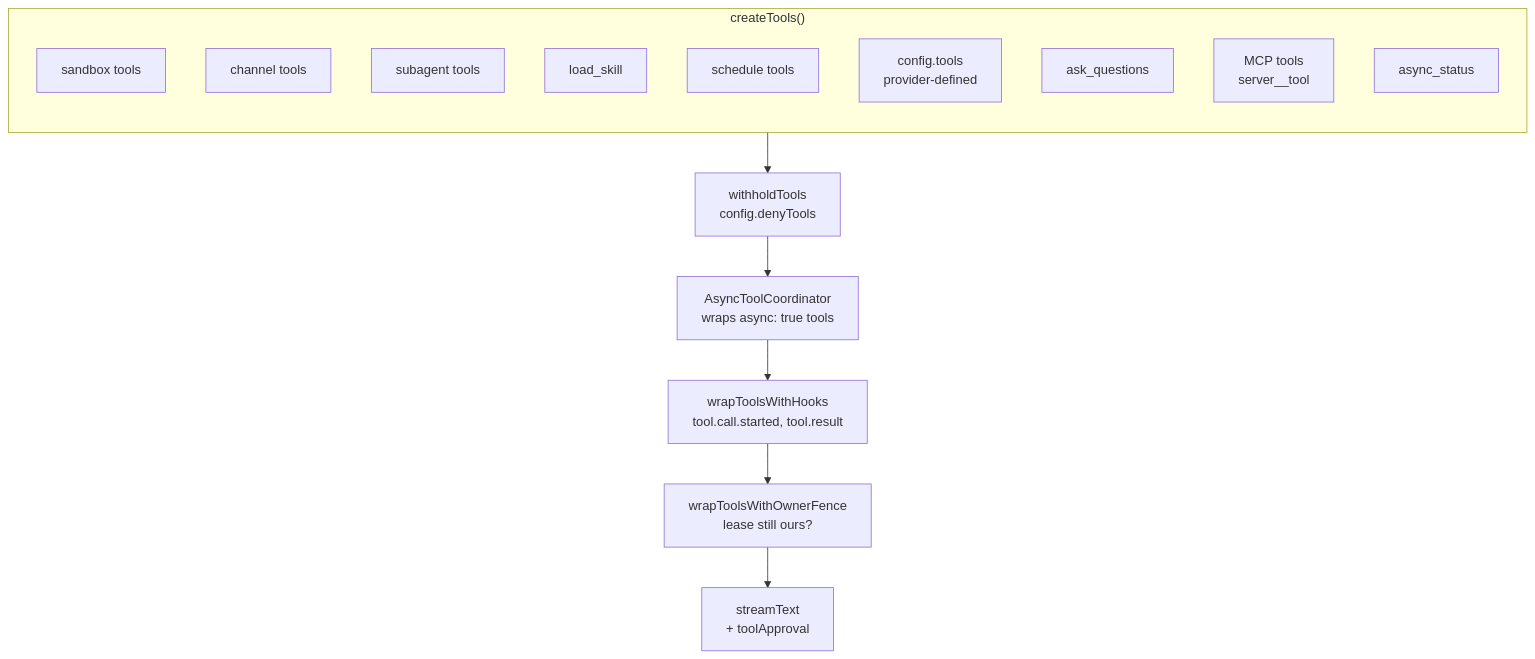
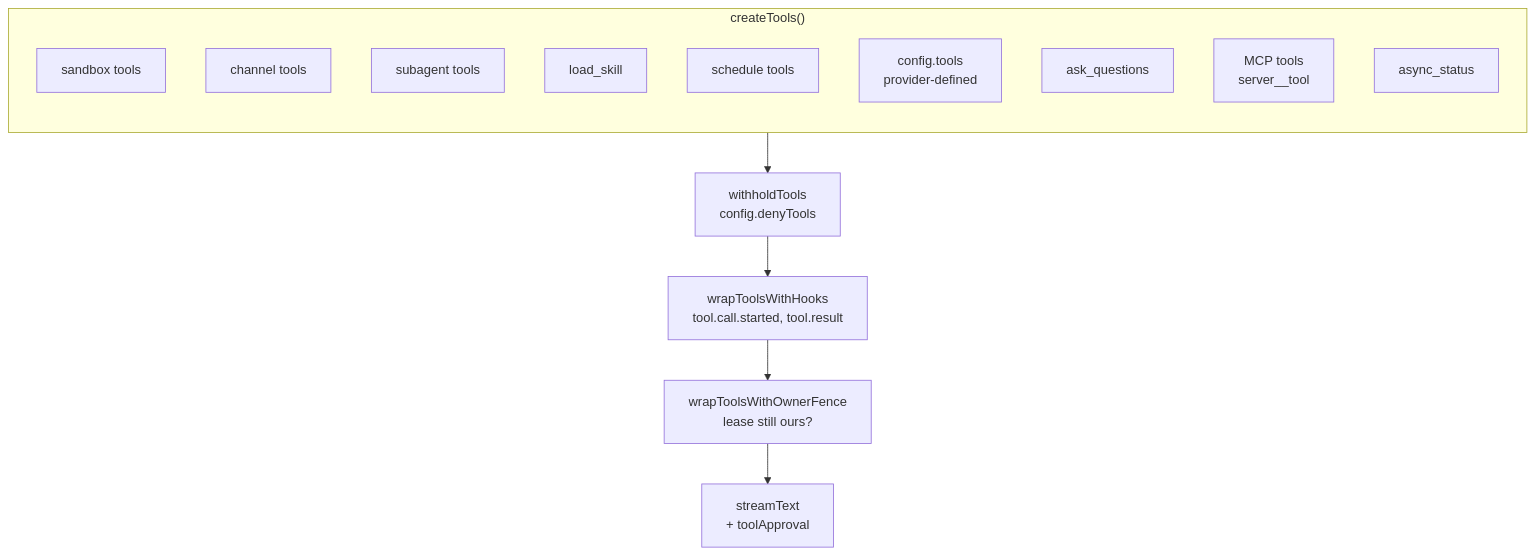
One commit to beeblastco/broods changed the first of 8 diagrams in apps/docs/docs/internals/tools-and-mcp.md. Above: the diagram before and after it, drawn with Mermaid. The commit also changed other lines of this file and 28 other files, not shown here.

First line of the commit message:
refactor(core): remove the dead async tool flag and fix outdated agent docs (#1278)

````diff
--- a/apps/docs/docs/internals/tools-and-mcp.md
+++ b/apps/docs/docs/internals/tools-and-mcp.md
@@ -9,20 +9,19 @@
 ```mermaid
 flowchart TD
   subgraph Create["createTools()"]
     direction TB
     Sbx["sandbox tools"]
     Ch["channel tools"]
     Sub["subagent tools"]
     Sk["load_skill"]
     Sch["schedule tools"]
     Prov["config.tools<br/>provider-defined"]
     Ask["ask_questions"]
     Mcp["MCP tools<br/>server__tool"]
     As["async_status"]
   end
   Create --> Deny["withholdTools<br/>config.denyTools"]
-  Deny --> Async["AsyncToolCoordinator<br/>wraps async: true tools"]
-  Async --> Hooks["wrapToolsWithHooks<br/>tool.call.started, tool.result"]
+  Deny --> Hooks["wrapToolsWithHooks<br/>tool.call.started, tool.result"]
   Hooks --> Fence["wrapToolsWithOwnerFence<br/>lease still ours?"]
   Fence --> ST["streamText<br/>+ toolApproval"]
 ```
````
